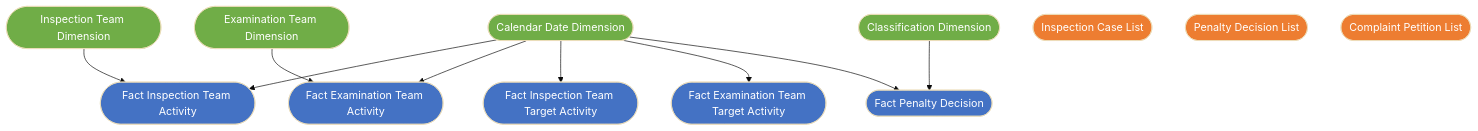
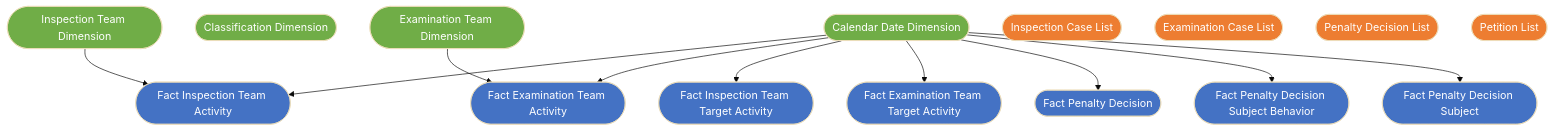
Before and after one commit to linhlvit/ubck_atomic_design: diagram 46 of 46 in Datamart/hld/DTM_TT_HLD.md, drawn with Mermaid (base theme). The commit also changed other lines of this file and 41 other files, not shown here.

````diff
--- a/Datamart/hld/DTM_TT_HLD.md
+++ b/Datamart/hld/DTM_TT_HLD.md
@@ -1727,28 +1819,32 @@
 ```mermaid
 graph TB
     classDef fact fill:#4472C4,color:#fff
     classDef dim fill:#70AD47,color:#fff
     classDef operational fill:#ED7D31,color:#fff
 
     DIM_DATE(["Calendar Date Dimension"]):::dim
     DIM_CLASS(["Classification Dimension"]):::dim
     DIM_INSPTEAM(["Inspection Team Dimension"]):::dim
     DIM_EXAMTEAM(["Examination Team Dimension"]):::dim
     FACT_INSPTEAM(["Fact Inspection Team Activity"]):::fact
     FACT_EXAMTEAM(["Fact Examination Team Activity"]):::fact
     FACT_INSPTARGET(["Fact Inspection Team Target Activity"]):::fact
     FACT_EXAMTARGET(["Fact Examination Team Target Activity"]):::fact
     FACT_PEN(["Fact Penalty Decision"]):::fact
+    FACT_PENBEHAVIOR(["Fact Penalty Decision Subject Behavior"]):::fact
+    FACT_PENSUBJECT(["Fact Penalty Decision Subject"]):::fact
     OPR_LIST(["Inspection Case List"]):::operational
+    OPR_EXAMLIST(["Examination Case List"]):::operational
     OPR_PEN(["Penalty Decision List"]):::operational
-    OPR_COMP(["Complaint Petition List"]):::operational
+    OPR_COMP(["Petition List"]):::operational
 
     DIM_DATE --> FACT_INSPTEAM
     DIM_INSPTEAM --> FACT_INSPTEAM
     DIM_DATE --> FACT_EXAMTEAM
     DIM_EXAMTEAM --> FACT_EXAMTEAM
     DIM_DATE --> FACT_INSPTARGET
     DIM_DATE --> FACT_EXAMTARGET
     DIM_DATE --> FACT_PEN
-    DIM_CLASS --> FACT_PEN
+    DIM_DATE --> FACT_PENBEHAVIOR
+    DIM_DATE --> FACT_PENSUBJECT
 ```
````
